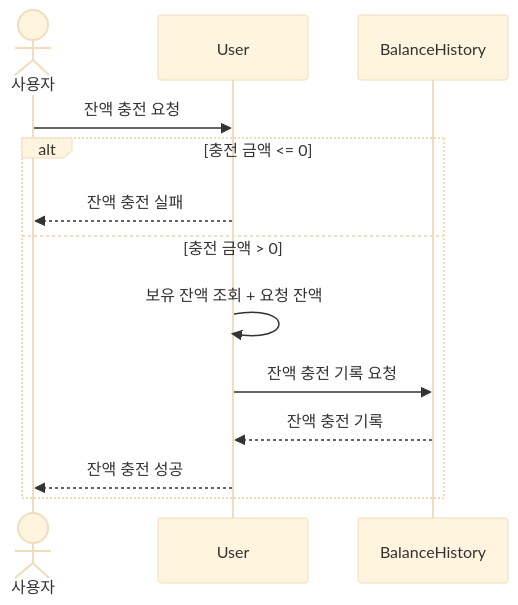
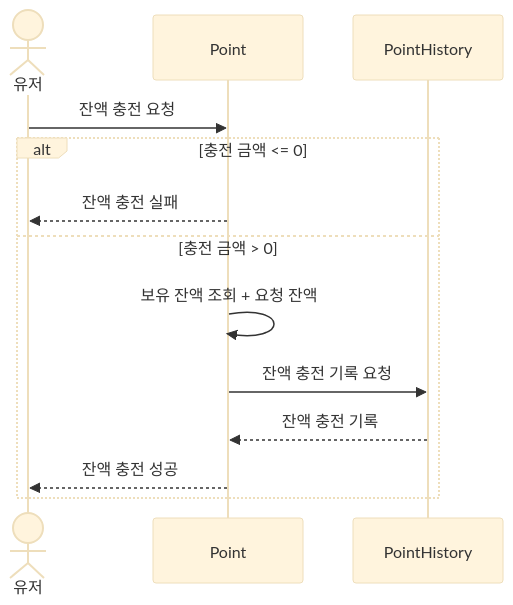
One commit to ahdrn2016/hhplus-ecommerce changed the first of 5 diagrams in docs/SequenceDiagram/SequenceDiagram.md. Above: the diagram before and after it, drawn with Mermaid (base theme). The commit also changed other lines of this file and 1 other file, not shown here.

Commit message:
Docs: ERD, Sequence 수정

````diff
--- a/docs/SequenceDiagram/SequenceDiagram.md
+++ b/docs/SequenceDiagram/SequenceDiagram.md
@@ -6,17 +6,17 @@
 ```mermaid
 sequenceDiagram
-    actor I as 사용자
-    participant User as User
-    participant BalanceHistory as BalanceHistory
+    actor I as 유저
+    participant Point as Point
+    participant PointHistory as PointHistory
 
-    I ->> User : 잔액 충전 요청
+    I ->> Point : 잔액 충전 요청
     alt 충전 금액 <= 0
-        User -->> I : 잔액 충전 실패 
+        Point -->> I : 잔액 충전 실패 
     else 충전 금액 > 0
-        User ->> User : 보유 잔액 조회 + 요청 잔액
-        User ->> BalanceHistory : 잔액 충전 기록 요청
-        BalanceHistory -->> User : 잔액 충전 기록
-        User -->> I : 잔액 충전 성공
+        Point ->> Point : 보유 잔액 조회 + 요청 잔액
+        Point ->> PointHistory : 잔액 충전 기록 요청
+        PointHistory -->> Point : 잔액 충전 기록
+        Point -->> I : 잔액 충전 성공
     end
     
 ```
````
